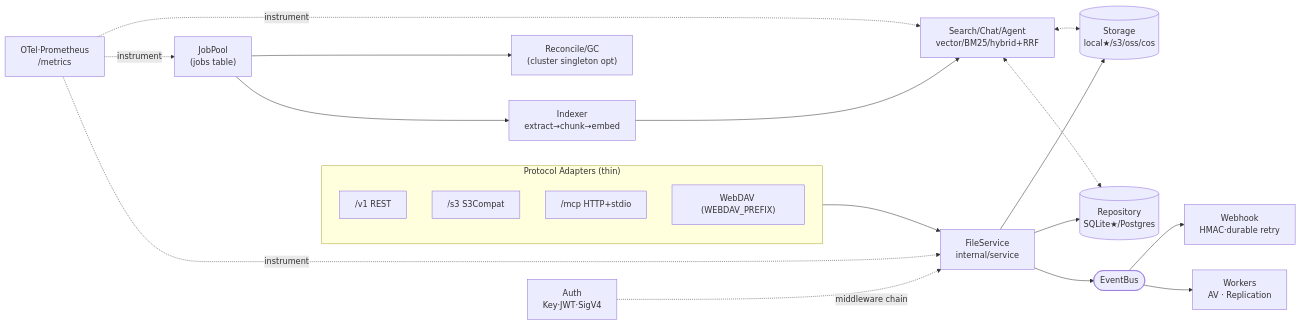
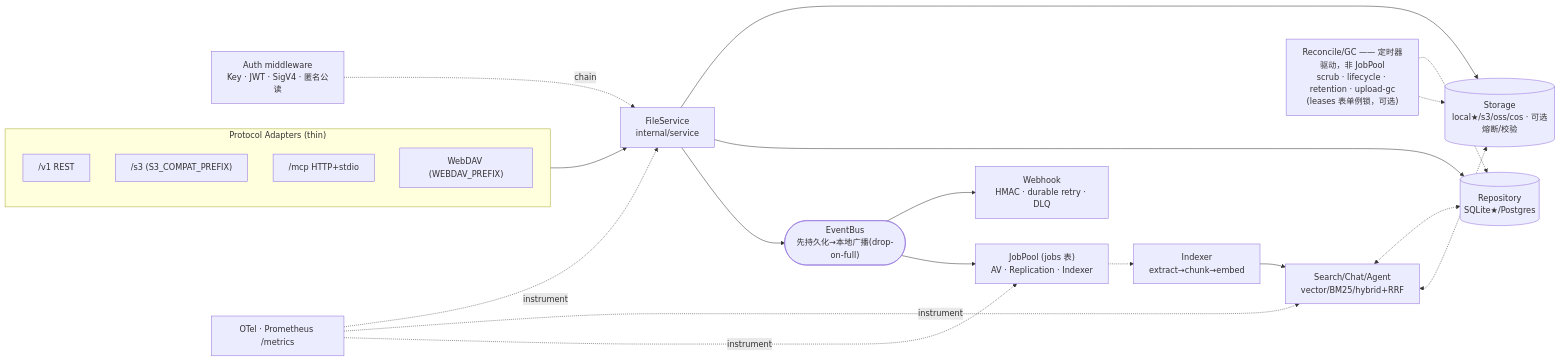
One commit to yangwb1123/aero-vault changed the diagram in AGENTS.md. Above: the diagram before and after it, drawn with Mermaid. The commit also changed other lines of this file and 985 other files, not shown here.

````diff
--- a/AGENTS.md
+++ b/AGENTS.md
@@ -12,27 +26,21 @@
 ```mermaid
 flowchart LR
     subgraph Proto["Protocol Adapters (thin)"]
         R["/v1 REST"]
-        S["/s3 S3Compat"]
+        S["/s3 (S3_COMPAT_PREFIX)"]
         M["/mcp HTTP+stdio"]
         D["WebDAV (WEBDAV_PREFIX)"]
     end
-
     Proto --> FS["FileService\ninternal/service"]
-
-    FS --> ST[("Storage\nlocal★/s3/oss/cos")]
+    FS --> ST[("Storage\nlocal★/s3/oss/cos · 可选熔断/校验")]
     FS --> DB[("Repository\nSQLite★/Postgres")]
-    FS --> EB(["EventBus"])
-
-    EB --> WH["Webhook\nHMAC·durable retry"]
-    EB --> WK["Workers\nAV · Replication"]
-
-    JP["JobPool\n(jobs table)"] --> REC["Reconcile/GC\n(cluster singleton opt)"]
-    JP --> IDX
-
-    IDX["Indexer\nextract→chunk→embed"] --> AI["Search/Chat/Agent\nvector/BM25/hybrid+RRF"]
+    FS --> EB(["EventBus\n先持久化→本地广播(drop-on-full)"])
+    EB --> WH["Webhook\nHMAC · durable retry · DLQ"]
+    EB --> JP["JobPool (jobs 表)\nAV · Replication · Indexer"]
+    JP -.-> IDX["Indexer\nextract→chunk→embed"]
+    IDX --> AI["Search/Chat/Agent\nvector/BM25/hybrid+RRF"]
     AI <-.-> DB & ST
-
-    AUTH["Auth\nKey·JWT·SigV4"] -.->|middleware chain| FS
-    OBS["OTel·Prometheus\n/metrics"] -.->|instrument| FS & AI & JP
+    TMR["Reconcile/GC —— 定时器驱动，非 JobPool\nscrub · lifecycle · retention · upload-gc\n(leases 表单例锁，可选)"] -.-> DB & ST
+    AUTH["Auth middleware\nKey · JWT · SigV4 · 匿名公读"] -.->|chain| FS
+    OBS["OTel · Prometheus /metrics"] -.->|instrument| FS & AI & JP
 ```
````
